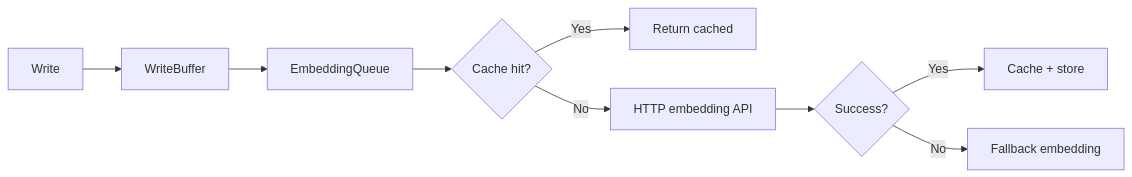
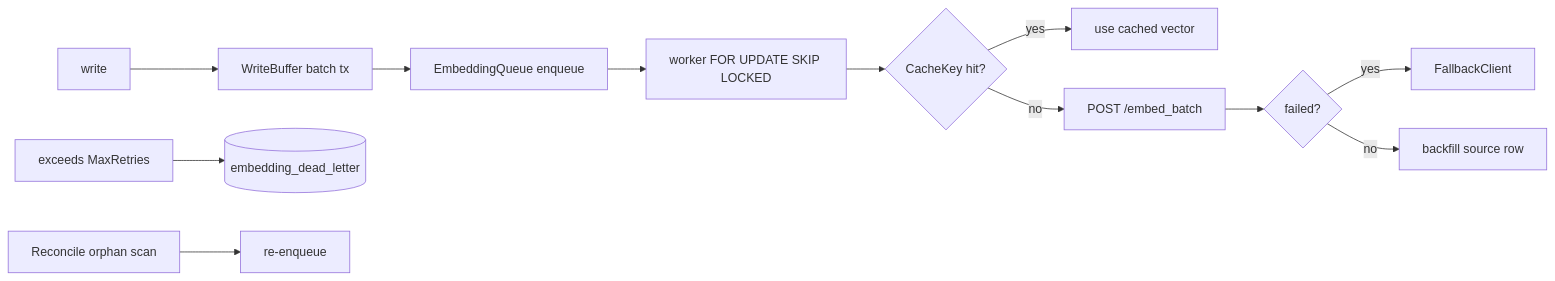
The third of 3 diagrams in docs/articles/en/19-storage-layer.md (Timwood0x10/ARES), drawn with Mermaid before and after one commit. The commit also changed other lines of this file and 2423 other files, not shown here.

````diff
--- a/docs/articles/en/19-storage-layer.md
+++ b/docs/articles/en/19-storage-layer.md
@@ -116,11 +106,14 @@
 ```mermaid
 flowchart LR
-    W[Write] --> B[WriteBuffer]
-    B --> Q[EmbeddingQueue]
-    Q --> C{Cache hit?}
-    C -->|Yes| R[Return cached]
-    C -->|No| H[HTTP embedding API]
-    H --> F{Success?}
-    F -->|Yes| C2[Cache + store]
-    F -->|No| FB[Fallback embedding]
+    W[write] --> B[WriteBuffer batch tx]
+    B --> Q[EmbeddingQueue enqueue]
+    Q --> WK[worker FOR UPDATE SKIP LOCKED]
+    WK --> C{CacheKey hit?}
+    C -->|yes| R[use cached vector]
+    C -->|no| H[POST /embed_batch]
+    H --> F{failed?}
+    F -->|yes| FB[FallbackClient]
+    F -->|no| WB[backfill source row]
+    FA[exceeds MaxRetries] --> DL[(embedding_dead_letter)]
+    DC[Reconcile orphan scan] --> RQ[re-enqueue]
 ```
````
